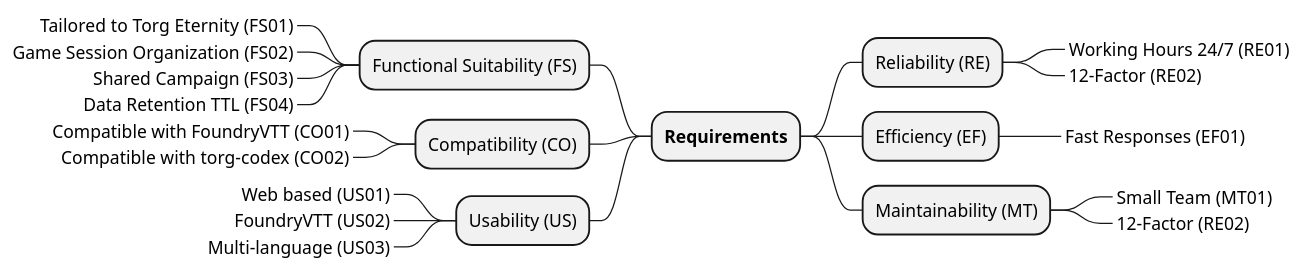
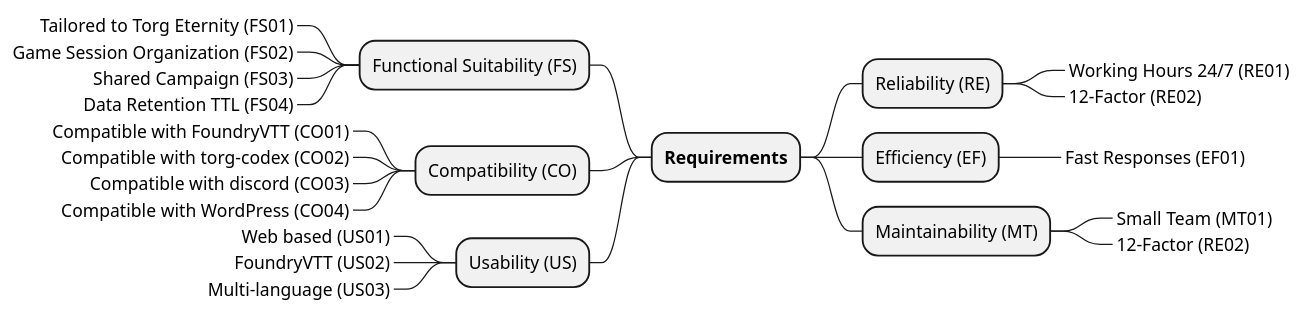
Before and after one commit to Paladins-Inn/torganized-play-architecture: the diagram in src/main/docs/architecture/modules/arc42/pages/10_quality_requirements.adoc, drawn with PlantUML. The commit also changed other lines of this file and 11 other files, not shown here.

```diff
--- a/src/main/docs/architecture/modules/arc42/pages/10_quality_requirements.adoc
+++ b/src/main/docs/architecture/modules/arc42/pages/10_quality_requirements.adoc
@@ -42,27 +40,29 @@
 [plantuml,quality-tree,svg]
 ....
 @startmindmap
 + **Requirements**
 -- Functional Suitability (FS)
 ---_ Tailored to Torg Eternity (FS01)
 ---_ Game Session Organization (FS02)
 ---_ Shared Campaign (FS03)
 ---_ Data Retention TTL (FS04)
 -- Compatibility (CO)
 ---_ Compatible with FoundryVTT (CO01)
 ---_ Compatible with torg-codex (CO02)
+---_ Compatible with discord (CO03)
+---_ Compatible with WordPress (CO04)
 -- Usability (US)
 ---_ Web based (US01)
 ---_ FoundryVTT (US02)
 ---_ Multi-language (US03)
 
 ++ Reliability (RE)
 +++_ Working Hours 24/7 (RE01)
 +++_ 12-Factor (RE02)
 ++ Efficiency (EF)
 +++_ Fast Responses (EF01)
 ++ Maintainability (MT)
 +++_ Small Team (MT01)
 +++_ 12-Factor (RE02)
 @endmindmap
 ....
```
